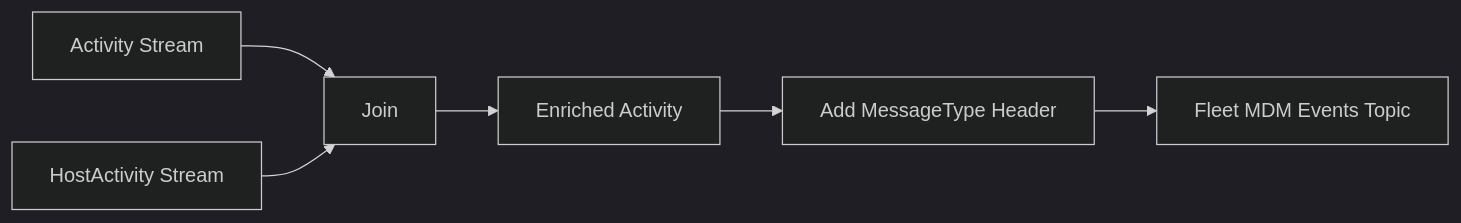
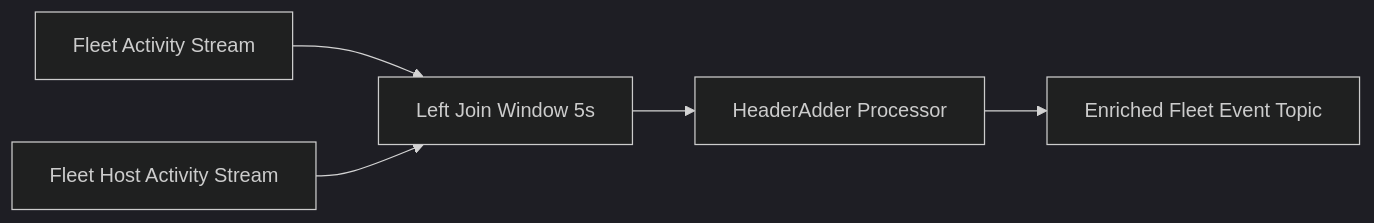
One commit to Praesto-Pro/openframe-oss-tenant changed the diagram in docs/architecture/diagrams/stream-service-core-5.mmd. Above: the diagram before and after it, drawn with Mermaid (dark theme). The commit also changed 174 other files, not shown here.

```diff
--- a/docs/architecture/diagrams/stream-service-core-5.mmd
+++ b/docs/architecture/diagrams/stream-service-core-5.mmd
@@ -1,6 +1,5 @@
 flowchart LR
-    Activity["Activity Stream"] --> Join
-    HostActivity["HostActivity Stream"] --> Join
-    Join --> Enriched["Enriched Activity"]
-    Enriched --> HeaderAdder["Add MessageType Header"]
-    HeaderAdder --> Output["Fleet MDM Events Topic"]
+    Activity["Fleet Activity Stream"] --> Join["Left Join Window 5s"]
+    HostActivity["Fleet Host Activity Stream"] --> Join
+    Join --> Header["HeaderAdder Processor"]
+    Header --> OutTopic["Enriched Fleet Event Topic"]
```
